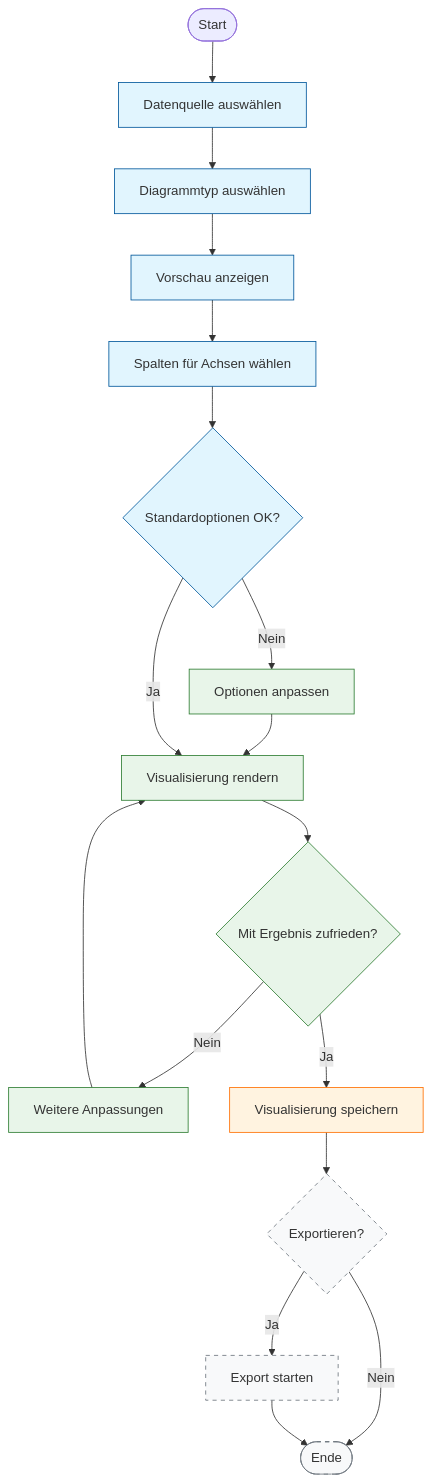
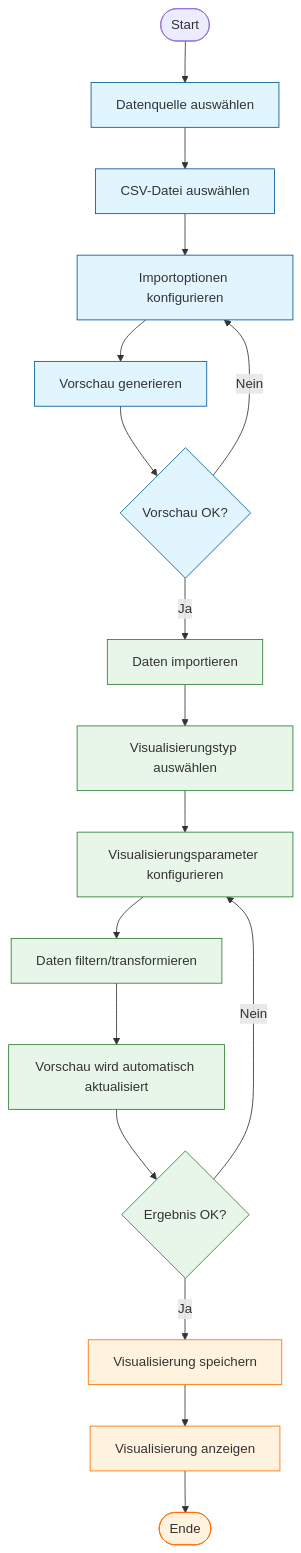
One commit to jurkat/datainspect changed the diagram in docs/diagrams/activity-diagram.mmd. Above: the diagram before and after it, drawn with Mermaid. The commit also changed 24 other files, not shown here.

First line of the commit message:
Finalize Portfolio Project Phase 3: Complete Documentation and Diagrams

```diff
--- a/docs/diagrams/activity-diagram.mmd
+++ b/docs/diagrams/activity-diagram.mmd
@@ -1,35 +1,27 @@
-flowchart TB
-    %% Vorbereitung
+flowchart TD
     Start([Start]) --> A[Datenquelle auswählen]
-    A --> B[Diagrammtyp auswählen]
-    B --> C[Vorschau anzeigen]
-    C --> D[Spalten für Achsen wählen]
-    D --> E{Standardoptionen OK?}
+    A --> C[CSV-Datei auswählen]
+    C --> E[Importoptionen konfigurieren]
+    E --> F[Vorschau generieren]
+    F --> G{Vorschau OK?}
+    G -->|Nein| E
+    G -->|Ja| H[Daten importieren]
 
-    %% Kompakte Anpassungsprozesse
-   F[Optionen anpassen] --> G[Visualisierung rendern]
-   J[Weitere Anpassungen] --> G
-   G --> H{Mit Ergebnis zufrieden?}
-   H -->|Nein| J
+    H --> J[Visualisierungstyp auswählen]
+    J --> K[Visualisierungsparameter konfigurieren]
+    K --> I[Daten filtern/transformieren]
+    I --> L[Vorschau wird automatisch aktualisiert]
+    L --> M{Ergebnis OK?}
+    M -->|Nein| K
+    M -->|Ja| N[Visualisierung speichern]
+    N --> O[Visualisierung anzeigen]
+    O --> Ende([Ende])
 
-    %% Hauptflussverbindungen
-    E -->|Nein| F
-    E -->|Ja| G
-    H -->|Ja| I[Visualisierung speichern]
-
-    %% Export-Entscheidung (geplante Funktionalität)
-    I --> K{Exportieren?}
-    K -->|Ja| L[Export starten]
-    K -->|Nein| Ende([Ende])
-    L --> Ende
-
-    %% Visuelle Hinweise zur Gruppierung
+    %% Visuelle Hinweise zur Gruppierung mit Farben aus dem Screenshot
     classDef vorbereitung fill:#e1f5fe,stroke:#01579b
     classDef anpassung fill:#e8f5e9,stroke:#2e7d32
     classDef abschluss fill:#fff3e0,stroke:#ff6f00
-    classDef planned fill:#f8f9fa,stroke:#6c757d,stroke-dasharray: 5 5
 
-    class A,B,C,D,E vorbereitung
-    class F,G,H,J anpassung
-    class I abschluss
-    class K,L,Ende planned
+    class A,C,E,F,G vorbereitung
+    class H,J,K,I,L,M anpassung
+    class N,O,Ende abschluss
```
